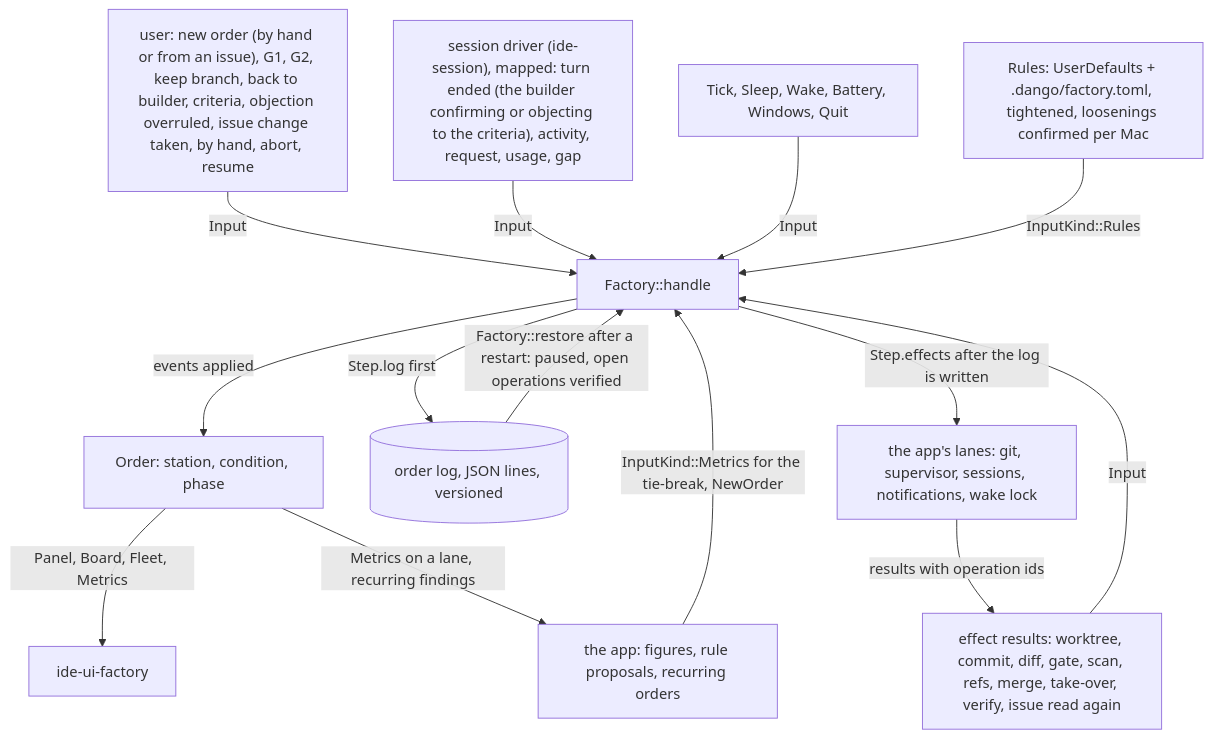
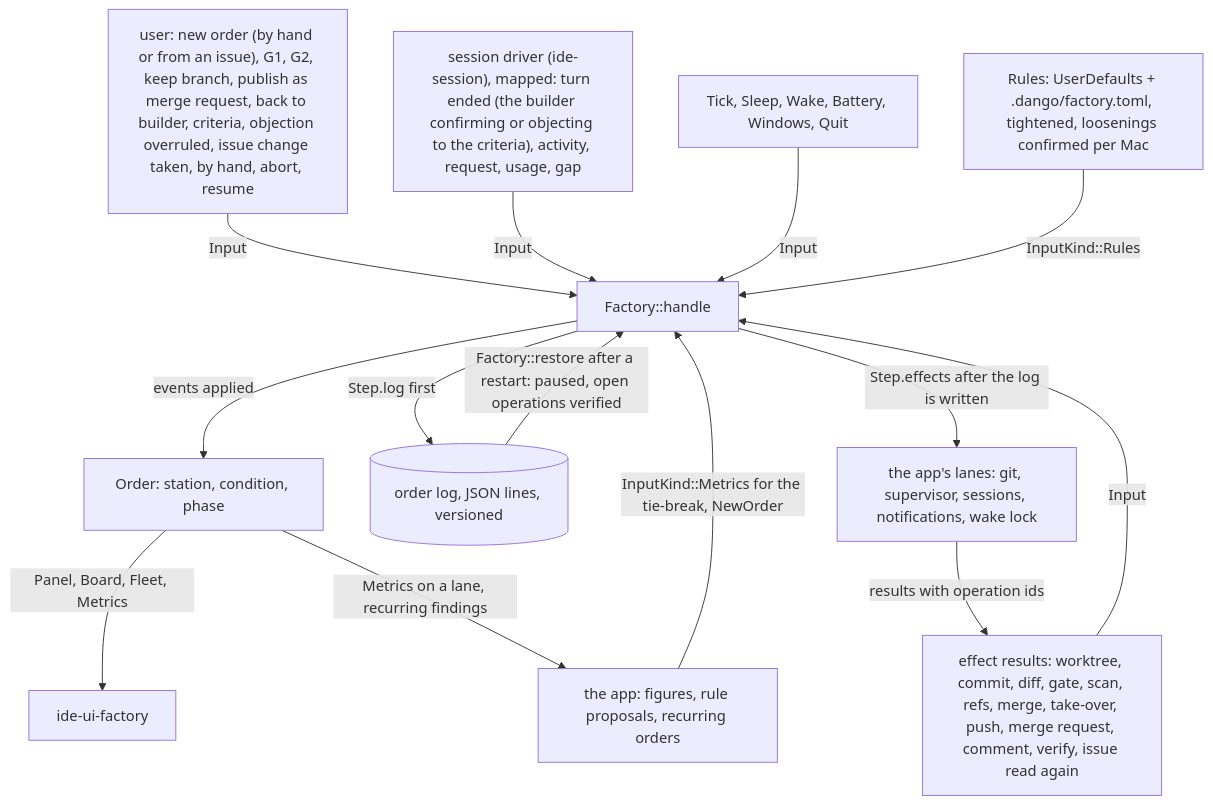
The diagram in crates/ide-factory/README.md (sventmueller/dango), drawn with Mermaid before and after one commit. The commit also changed 51 other files, not shown here.

Commit message:
Publish an accepted order as a merge request on the user's click: scan the outgoing text, push the branch, open or reuse the merge request and comment the issue, each a logged operation a restart verifies (E177)

````diff
--- a/crates/ide-factory/README.md
+++ b/crates/ide-factory/README.md
@@ -8,16 +8,16 @@
 ```mermaid
 flowchart TB
-    user["user: new order (by hand or from an issue), G1, G2, keep branch, back to builder, criteria, objection overruled, issue change taken, by hand, abort, resume"] -->|"Input"| handle
+    user["user: new order (by hand or from an issue), G1, G2, keep branch, publish as merge request, back to builder, criteria, objection overruled, issue change taken, by hand, abort, resume"] -->|"Input"| handle
     session["session driver (ide-session), mapped: turn ended (the builder confirming or objecting to the criteria), activity, request, usage, gap"] -->|"Input"| handle
-    results["effect results: worktree, commit, diff, gate, scan, refs, merge, take-over, verify, issue read again"] -->|"Input"| handle
+    results["effect results: worktree, commit, diff, gate, scan, refs, merge, take-over, push, merge request, comment, verify, issue read again"] -->|"Input"| handle
     clock["Tick, Sleep, Wake, Battery, Windows, Quit"] -->|"Input"| handle
     rules["Rules: UserDefaults + .dango/factory.toml, tightened, loosenings confirmed per Mac"] -->|"InputKind::Rules"| handle
     handle["Factory::handle"] -->|"events applied"| order["Order: station, condition, phase"]
     handle -->|"Step.log first"| log[("order log, JSON lines, versioned")]
     handle -->|"Step.effects after the log is written"| app["the app's lanes: git, supervisor, sessions, notifications, wake lock"]
     app -->|"results with operation ids"| results
     log -->|"Factory::restore after a restart: paused, open operations verified"| handle
     order -->|"Panel, Board, Fleet, Metrics"| views["ide-ui-factory"]
     order -->|"Metrics on a lane, recurring findings"| learning["the app: figures, rule proposals, recurring orders"]
     learning -->|"InputKind::Metrics for the tie-break, NewOrder"| handle
 ```
````
